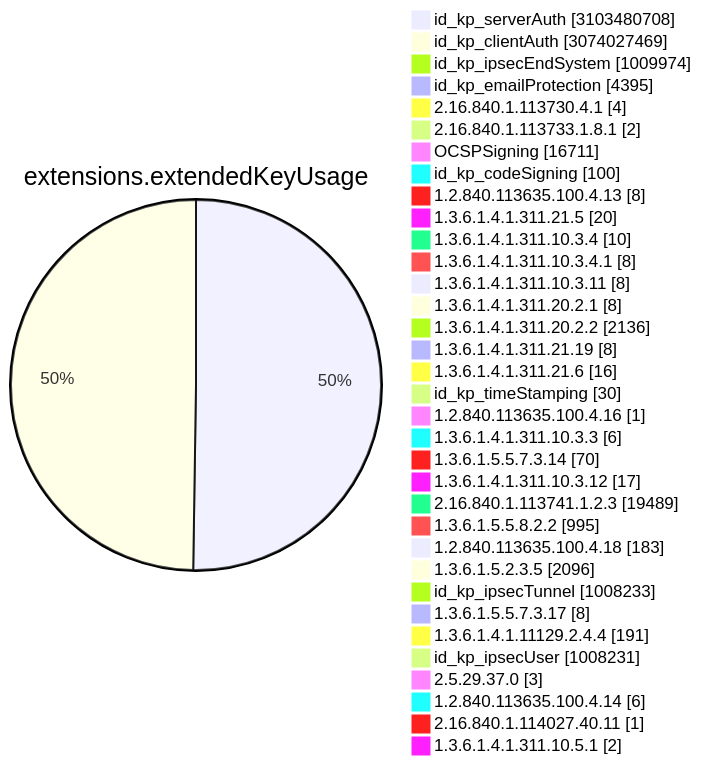
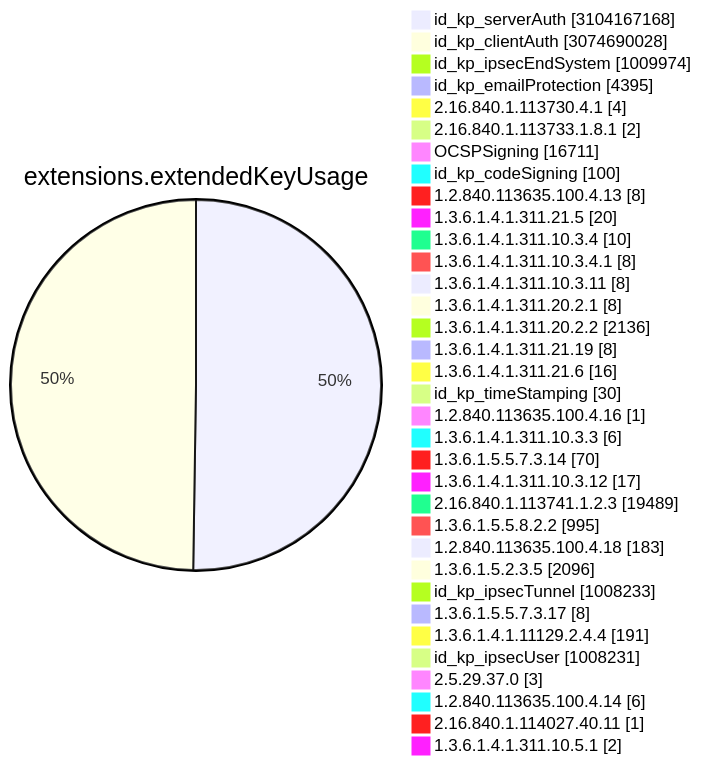
Diagram 11 of 15 in TOTAL/README.md (christiankrug/ctmonitor_visualization), drawn with Mermaid before and after one commit. The commit also changed other lines of this file, not shown here.

````diff
--- a/TOTAL/README.md
+++ b/TOTAL/README.md
@@ -4119,38 +4119,38 @@
 ```mermaid
 pie showData
 title extensions.extendedKeyUsage
-"id_kp_serverAuth" :3103480708
-"id_kp_clientAuth" :3074027469
+"id_kp_serverAuth" :3104167168
+"id_kp_clientAuth" :3074690028
 "id_kp_ipsecEndSystem" :1009974
 "id_kp_emailProtection" :4395
 "2.16.840.1.113730.4.1" :4
 "2.16.840.1.113733.1.8.1" :2
 "OCSPSigning" :16711
 "id_kp_codeSigning" :100
 "1.2.840.113635.100.4.13" :8
 "1.3.6.1.4.1.311.21.5" :20
 "1.3.6.1.4.1.311.10.3.4" :10
 "1.3.6.1.4.1.311.10.3.4.1" :8
 "1.3.6.1.4.1.311.10.3.11" :8
 "1.3.6.1.4.1.311.20.2.1" :8
 "1.3.6.1.4.1.311.20.2.2" :2136
 "1.3.6.1.4.1.311.21.19" :8
 "1.3.6.1.4.1.311.21.6" :16
 "id_kp_timeStamping" :30
 "1.2.840.113635.100.4.16" :1
 "1.3.6.1.4.1.311.10.3.3" :6
 "1.3.6.1.5.5.7.3.14" :70
 "1.3.6.1.4.1.311.10.3.12" :17
 "2.16.840.1.113741.1.2.3" :19489
 "1.3.6.1.5.5.8.2.2" :995
 "1.2.840.113635.100.4.18" :183
 "1.3.6.1.5.2.3.5" :2096
 "id_kp_ipsecTunnel" :1008233
 "1.3.6.1.5.5.7.3.17" :8
 "1.3.6.1.4.1.11129.2.4.4" :191
 "id_kp_ipsecUser" :1008231
 "2.5.29.37.0" :3
 "1.2.840.113635.100.4.14" :6
 "2.16.840.1.114027.40.11" :1
 "1.3.6.1.4.1.311.10.5.1" :2
 ```
````
